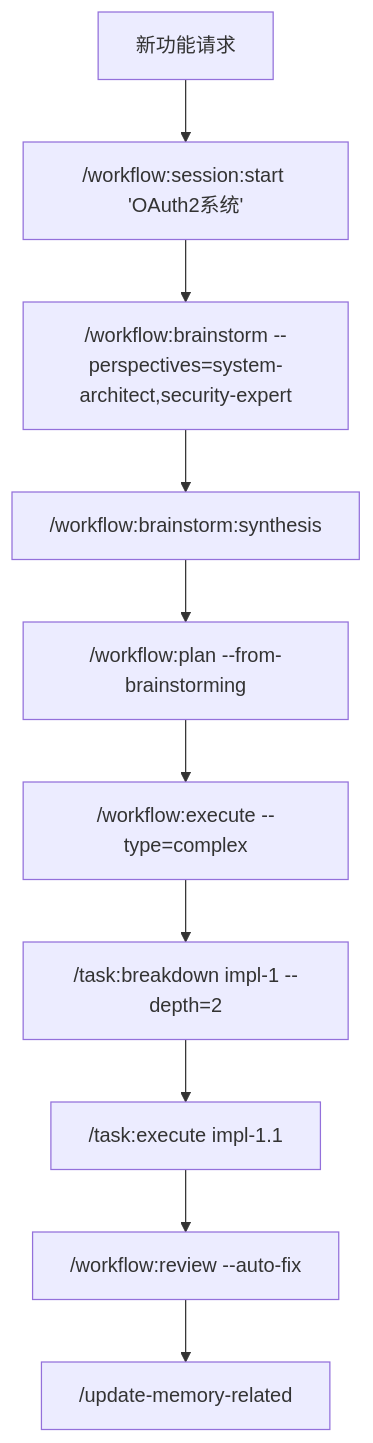
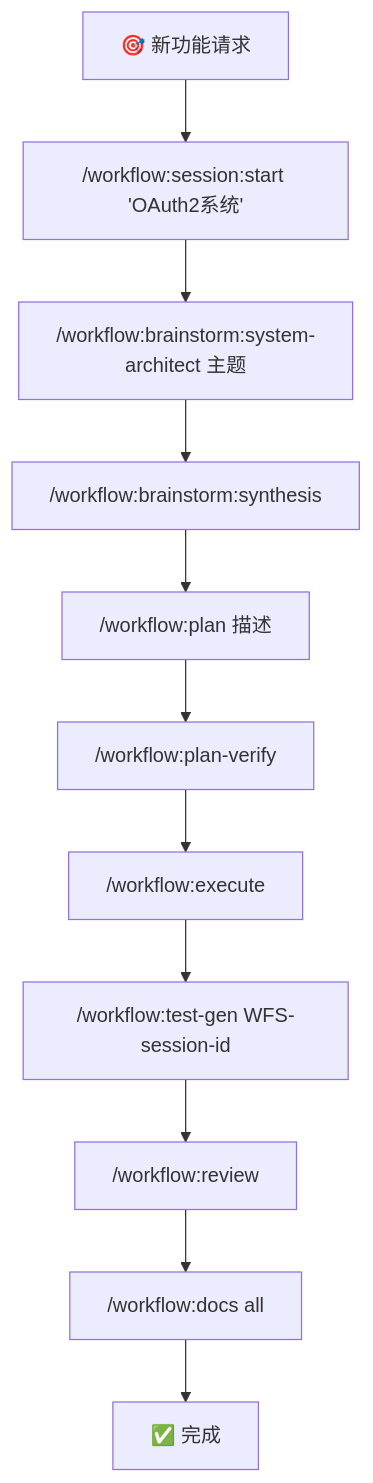
Before and after one commit to 74587/Claude-Code-Workflow: the third of 4 diagrams in README_CN.md, drawn with Mermaid. The commit also changed other lines of this file and 8 other files, not shown here.

First line of the commit message:
feat: Update workflow architecture documentation and clean up scripts

````diff
--- a/README_CN.md
+++ b/README_CN.md
@@ -152,12 +153,13 @@
 ```mermaid
 graph TD
-    START[新功能请求] --> SESSION["/workflow:session:start 'OAuth2系统'"]
-    SESSION --> BRAINSTORM["/workflow:brainstorm --perspectives=system-architect,security-expert"]
+    START[🎯 新功能请求] --> SESSION["/workflow:session:start 'OAuth2系统'"]
+    SESSION --> BRAINSTORM["/workflow:brainstorm:system-architect 主题"]
     BRAINSTORM --> SYNTHESIS["/workflow:brainstorm:synthesis"]
-    SYNTHESIS --> PLAN["/workflow:plan --from-brainstorming"]
-    PLAN --> EXECUTE["/workflow:execute --type=complex"]
-    EXECUTE --> TASKS["/task:breakdown impl-1 --depth=2"]
-    TASKS --> IMPL["/task:execute impl-1.1"]
-    IMPL --> REVIEW["/workflow:review --auto-fix"]
-    REVIEW --> DOCS["/update-memory-related"]
+    SYNTHESIS --> PLAN["/workflow:plan 描述"]
+    PLAN --> VERIFY["/workflow:plan-verify"]
+    VERIFY --> EXECUTE["/workflow:execute"]
+    EXECUTE --> TEST["/workflow:test-gen WFS-session-id"]
+    TEST --> REVIEW["/workflow:review"]
+    REVIEW --> DOCS["/workflow:docs all"]
+    DOCS --> COMPLETE[✅ 完成]
 ```
````
